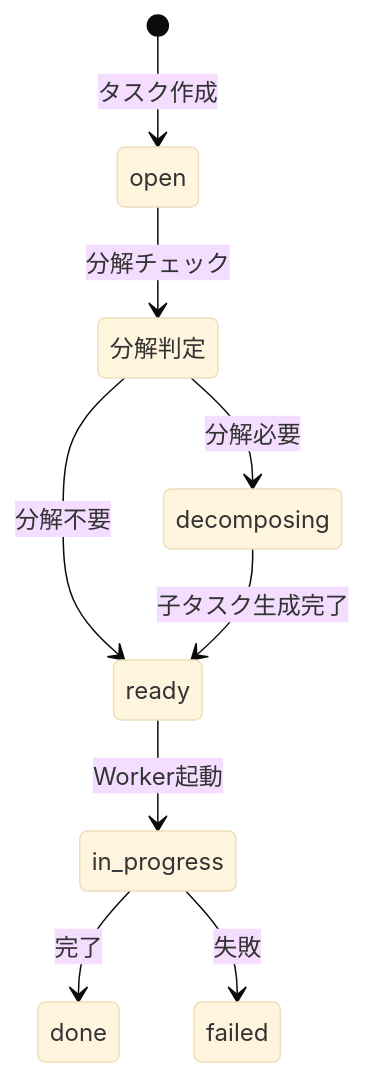
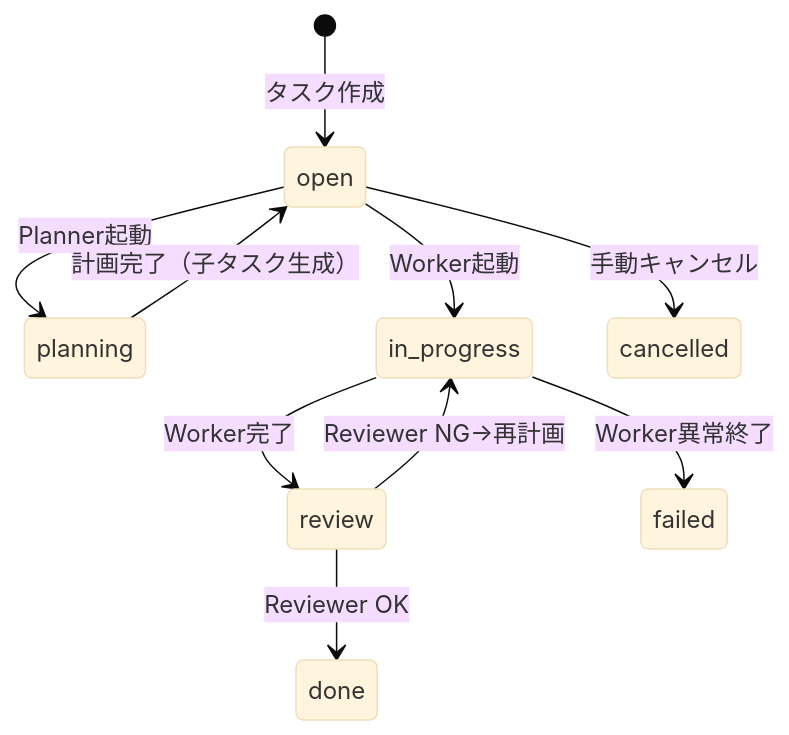
The third of 4 diagrams in docs/03-core-concepts/task-decomposition.md (krtw00/agentmine), drawn with Mermaid (base theme) before and after one commit. The commit also changed other lines of this file and 7 other files, not shown here.

````diff
--- a/docs/03-core-concepts/task-decomposition.md
+++ b/docs/03-core-concepts/task-decomposition.md
@@ -94,16 +126,14 @@
 ```mermaid
 stateDiagram-v2
     [*] --> open: タスク作成
 
-    state "分解判定" as check
-    open --> check: 分解チェック
+    open --> planning: Planner起動
+    planning --> open: 計画完了（子タスク生成）
 
-    check --> decomposing: 分解必要
-    check --> ready: 分解不要
-
-    decomposing --> ready: 子タスク生成完了
-
-    ready --> in_progress: Worker起動
-    in_progress --> done: 完了
-    in_progress --> failed: 失敗
+    open --> in_progress: Worker起動
+    in_progress --> review: Worker完了
+    review --> done: Reviewer OK
+    review --> in_progress: Reviewer NG→再計画
+    in_progress --> failed: Worker異常終了
+    open --> cancelled: 手動キャンセル
 ```
````
